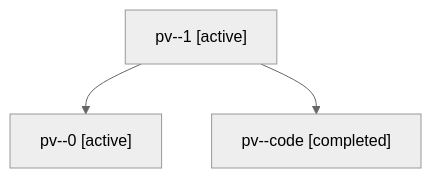
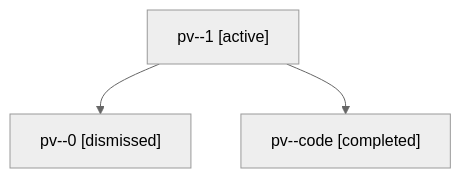
One commit to bobs-org/bob-cli--agents changed the diagram in sessions/bbugyi200.athena.pv.md. Above: the diagram before and after it, drawn with Mermaid (neutral theme). The commit also changed other lines of this file and 36 other files, not shown here.

````diff
--- a/sessions/bbugyi200.athena.pv.md
+++ b/sessions/bbugyi200.athena.pv.md
@@ -9,8 +9,8 @@
 ```mermaid
 flowchart TD
   n0["pv--1 [active]"]
-  n1["pv--0 [active]"]
+  n1["pv--0 [dismissed]"]
   n0 --> n1
   n2["pv--code [completed]"]
   n0 --> n2
 ```
````
